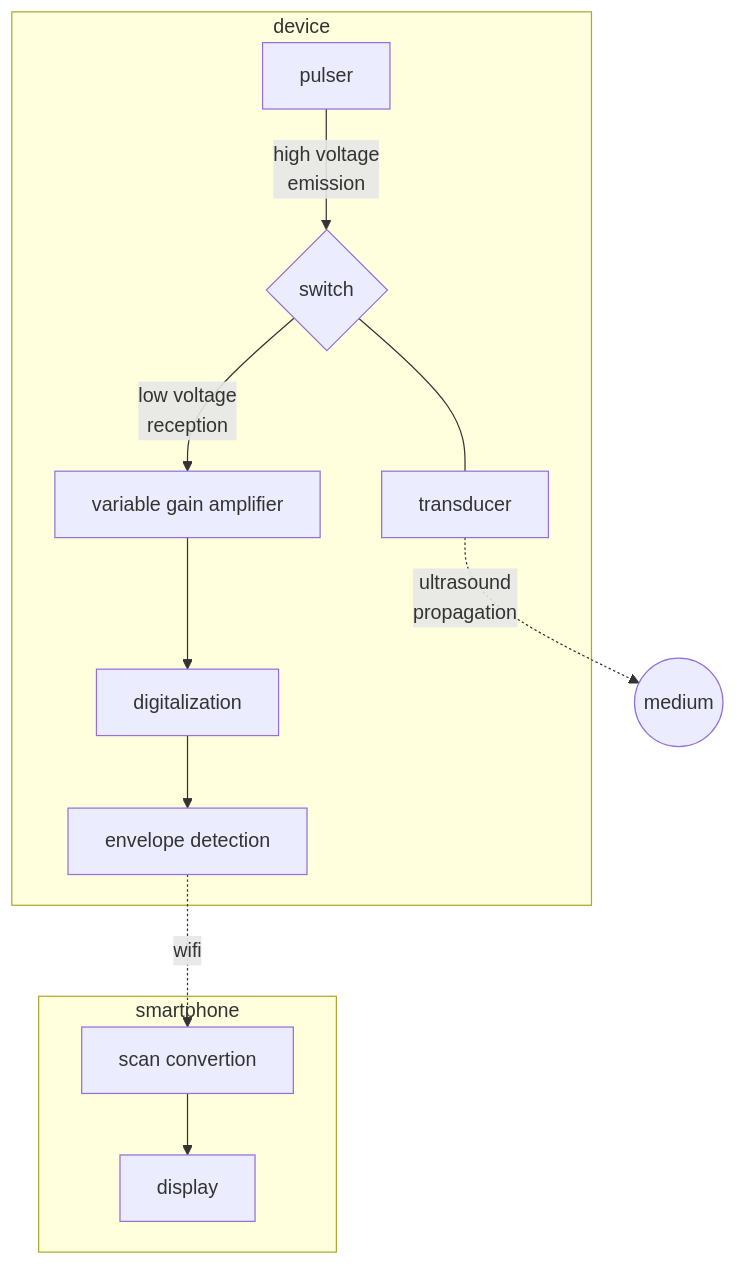
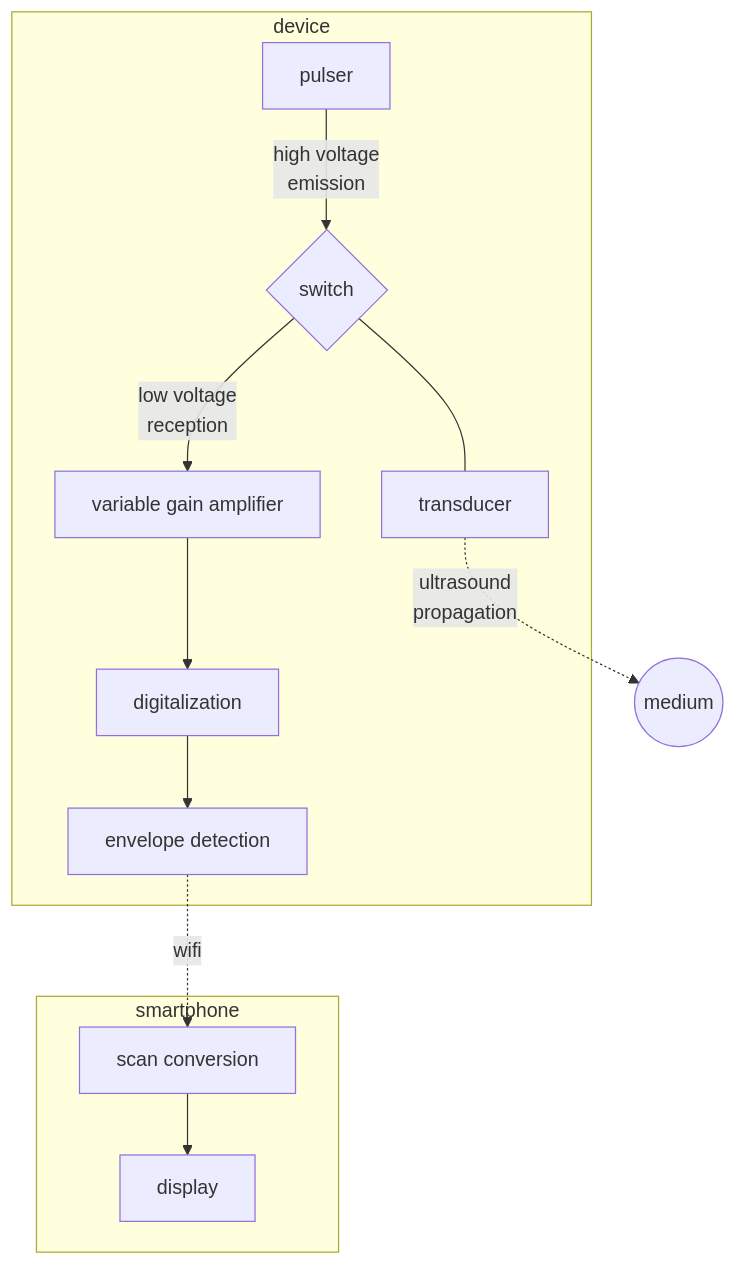
One commit to echopen/echopen_prototyping changed the diagram in introduction/new_introduction.md. Above: the diagram before and after it, drawn with Mermaid.

````diff
--- a/introduction/new_introduction.md
+++ b/introduction/new_introduction.md
@@ -45,30 +45,30 @@
 ```mermaid
 graph TD;
 
 p[pulser]
 s{switch}
 t[transducer]
 m((medium))
 a[variable gain amplifier]
 d[digitalization]
 e[envelope detection]
-c[scan convertion]
+c[scan conversion]
 l[display]
 
 subgraph device
 a-->d
 d-->e
 
 p--high voltage <br/> emission-->s
 s--low voltage <br/> reception-->a
 s---t  
 end
 
 subgraph smartphone 
 c-->l
 end
 
 e-.wifi.->c
 t-.ultrasound <br/> propagation.->m
 
 ```
````
